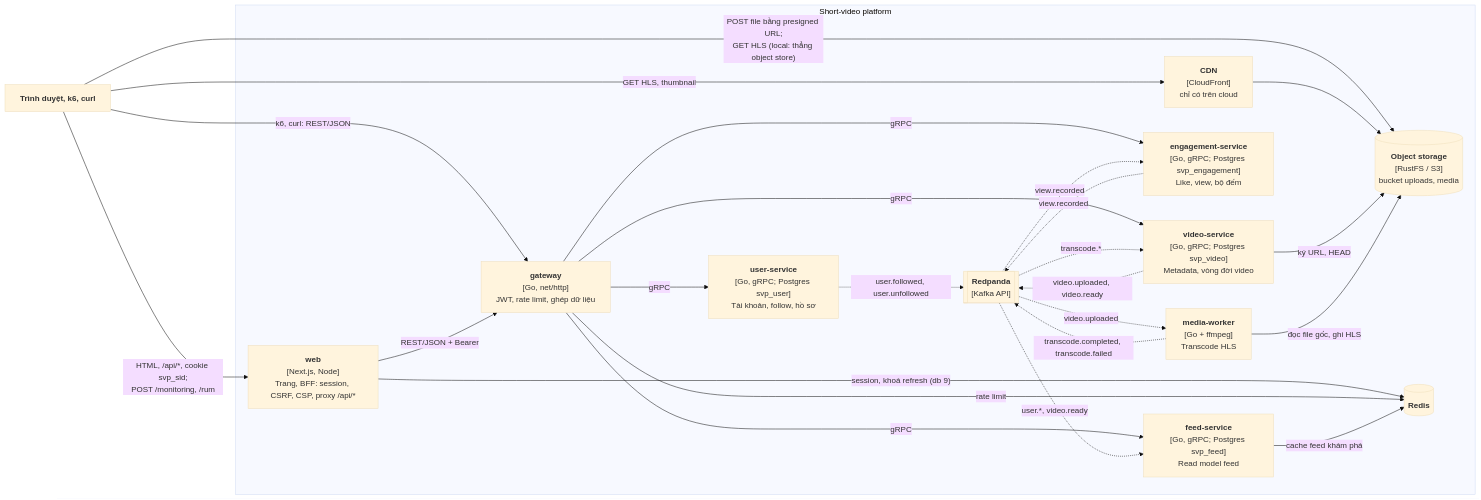
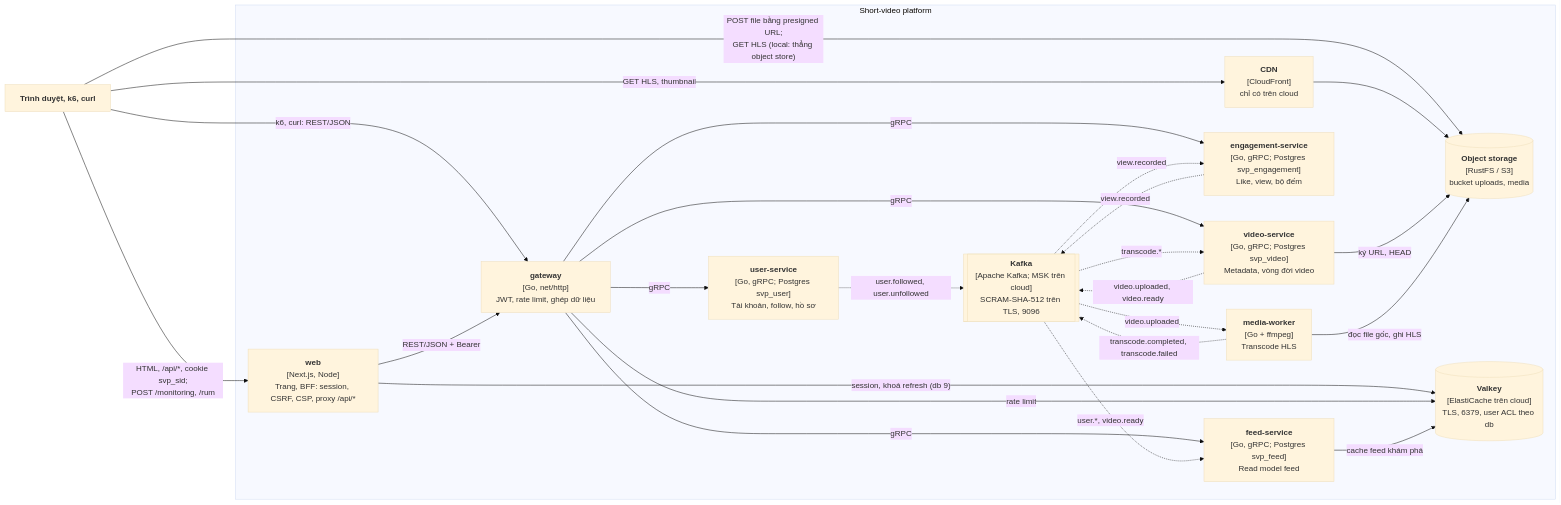
One commit to anhnvcoder/svp-backend changed the second of 4 diagrams in docs/architecture.md. Above: the diagram before and after it, drawn with Mermaid (base theme). The commit also changed other lines of this file and 165 other files, not shown here.

First line of the commit message:
feat: Kafka trên Amazon MSK, Valkey trên ElastiCache; local cùng engine Apache Kafka và Valkey (#122)

````diff
--- a/docs/architecture.md
+++ b/docs/architecture.md
@@ -99,44 +100,44 @@
 ```mermaid
 flowchart LR
     browser["<b>Trình duyệt, k6, curl</b>"]
     subgraph svp["Short-video platform"]
         web["<b>web</b><br/>[Next.js, Node]<br/>Trang, BFF: session, CSRF, CSP, proxy /api/*"]
         gw["<b>gateway</b><br/>[Go, net/http]<br/>JWT, rate limit, ghép dữ liệu"]
         us["<b>user-service</b><br/>[Go, gRPC; Postgres svp_user]<br/>Tài khoản, follow, hồ sơ"]
         vs["<b>video-service</b><br/>[Go, gRPC; Postgres svp_video]<br/>Metadata, vòng đời video"]
         mw["<b>media-worker</b><br/>[Go + ffmpeg]<br/>Transcode HLS"]
         es["<b>engagement-service</b><br/>[Go, gRPC; Postgres svp_engagement]<br/>Like, view, bộ đếm"]
         fs["<b>feed-service</b><br/>[Go, gRPC; Postgres svp_feed]<br/>Read model feed"]
-        bus[["<b>Redpanda</b><br/>[Kafka API]"]]
+        bus[["<b>Kafka</b><br/>[Apache Kafka; MSK trên cloud]<br/>SCRAM-SHA-512 trên TLS, 9096"]]
         obj[("<b>Object storage</b><br/>[RustFS / S3]<br/>bucket uploads, media")]
         cdn["<b>CDN</b><br/>[CloudFront]<br/>chỉ có trên cloud"]
-        redis[("<b>Redis</b>")]
+        redis[("<b>Valkey</b><br/>[ElastiCache trên cloud]<br/>TLS, 6379, user ACL theo db")]
     end
 
     browser -->|"HTML, /api/*, cookie svp_sid;<br/>POST /monitoring, /rum"| web
     browser -->|"POST file bằng presigned URL;<br/>GET HLS (local: thẳng object store)"| obj
     browser -->|"GET HLS, thumbnail"| cdn
     browser -->|"k6, curl: REST/JSON"| gw
     web -->|"REST/JSON + Bearer"| gw
     web -->|"session, khoá refresh (db 9)"| redis
     cdn --> obj
 
     gw -->|"rate limit"| redis
     gw -->|gRPC| us
     gw -->|gRPC| vs
     gw -->|gRPC| es
     gw -->|gRPC| fs
 
     vs -->|"ký URL, HEAD"| obj
     mw -->|"đọc file gốc, ghi HLS"| obj
     fs -->|"cache feed khám phá"| redis
 
     us -.->|"user.followed, user.unfollowed"| bus
     vs -.->|"video.uploaded, video.ready"| bus
     bus -.->|"video.uploaded"| mw
     mw -.->|"transcode.completed, transcode.failed"| bus
     bus -.->|"transcode.*"| vs
     es -.->|"view.recorded"| bus
     bus -.->|"view.recorded"| es
     bus -.->|"user.*, video.ready"| fs
 ```
````
